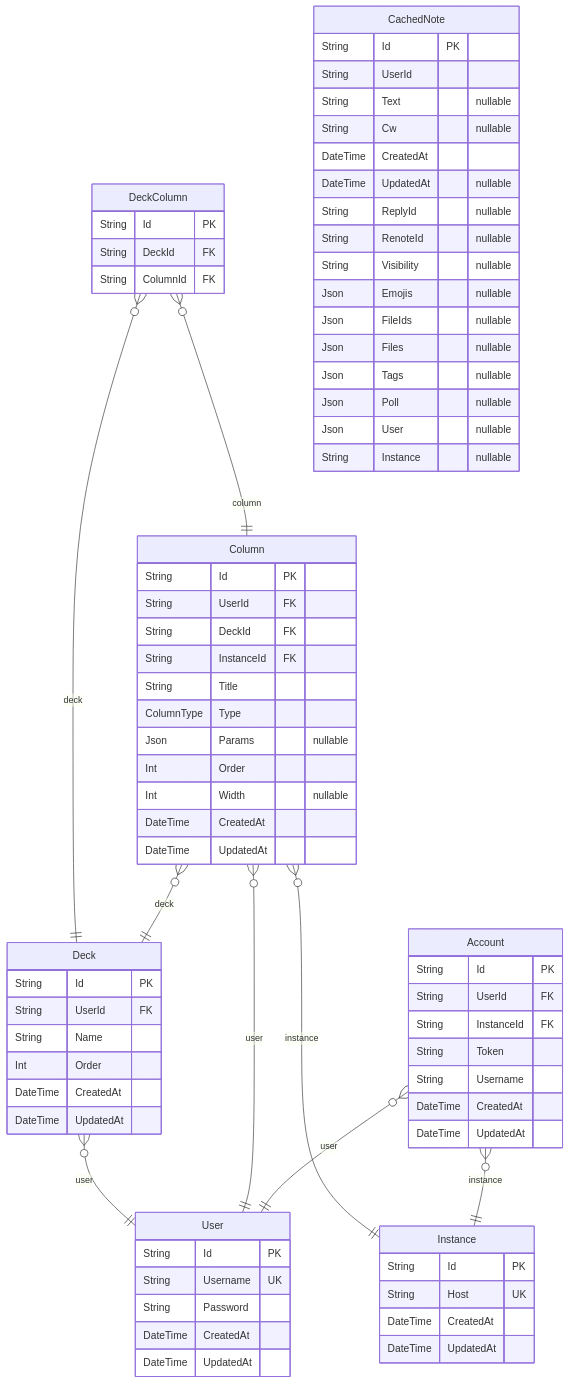
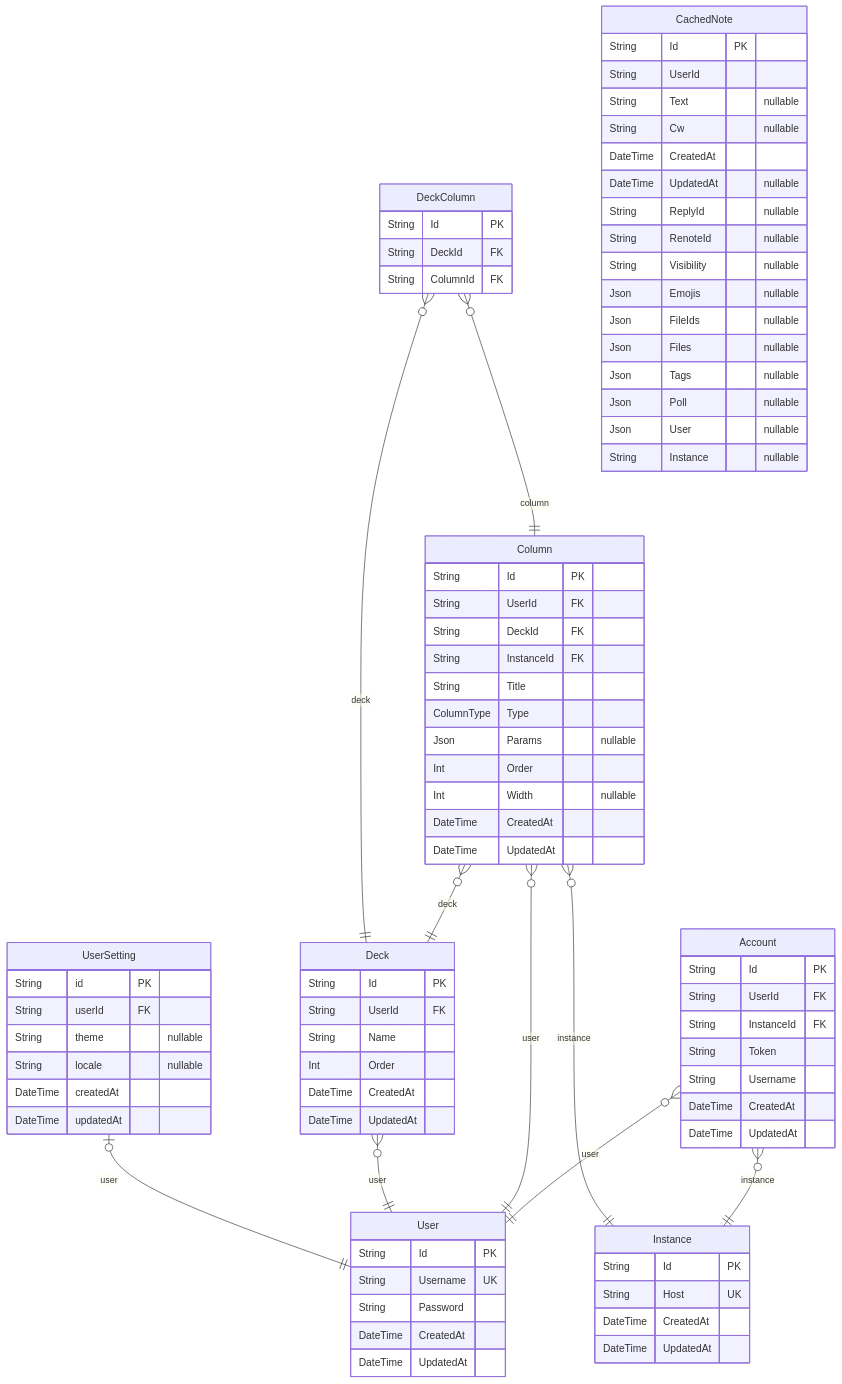
The diagram in apps/server/prisma/ERD.md (mochi-sann/mi-deck), drawn with Mermaid before and after one commit. The commit also changed other lines of this file and 5 other files, not shown here.

````diff
--- a/apps/server/prisma/ERD.md
+++ b/apps/server/prisma/ERD.md
@@ -72,6 +72,14 @@
   Json User "nullable"
   String Instance "nullable"
 }
+"UserSetting" {
+  String id PK
+  String userId FK
+  String theme "nullable"
+  String locale "nullable"
+  DateTime createdAt
+  DateTime updatedAt
+}
 "Account" }o--|| "User" : user
 "Account" }o--|| "Instance" : instance
 "Column" }o--|| "User" : user
@@ -80,4 +88,5 @@
 "Deck" }o--|| "User" : user
 "DeckColumn" }o--|| "Deck" : deck
 "DeckColumn" }o--|| "Column" : column
+"UserSetting" |o--|| "User" : user
 ```
````
